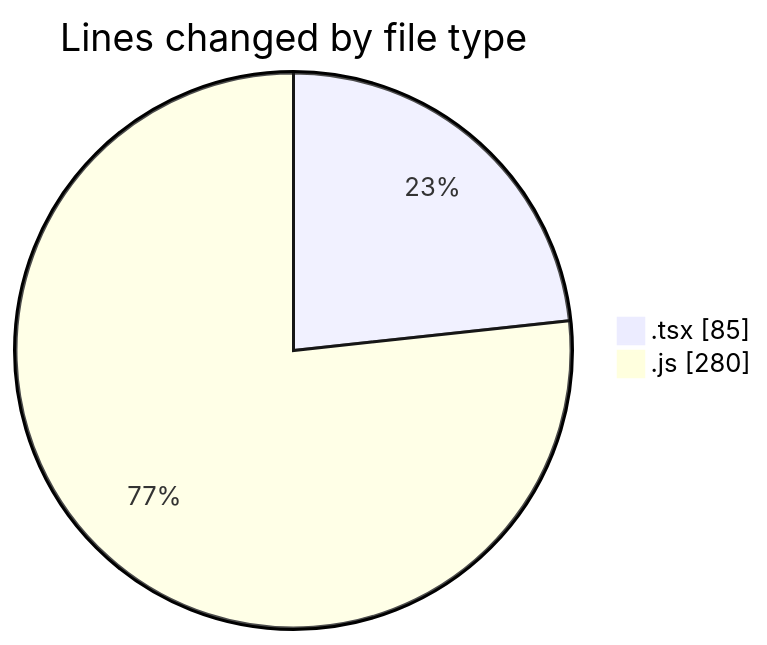
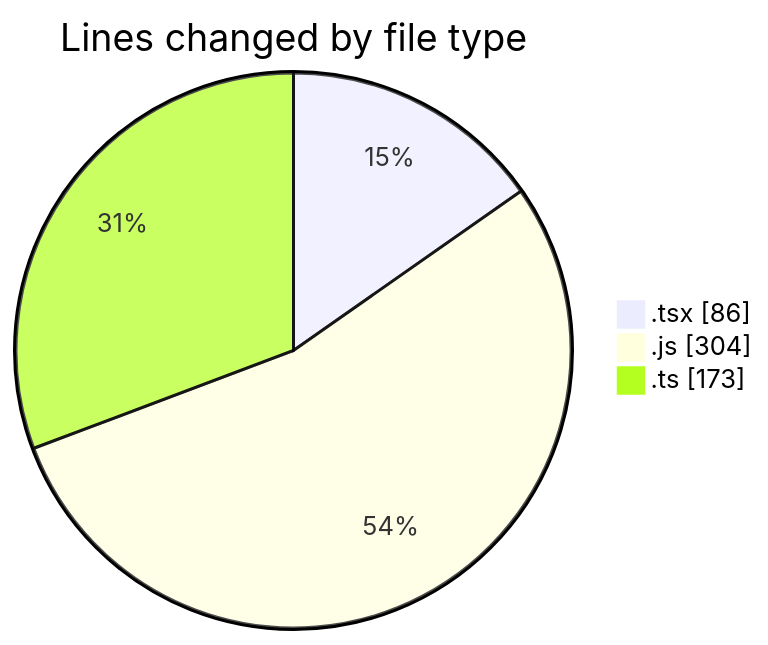
One commit to momahboobian/code-tracking changed the first of 2 diagrams in 2025-02-26/cda/README.md. Above: the diagram before and after it, drawn with Mermaid. The commit also changed other lines of this file and 1 other file, not shown here.

````diff
--- a/2025-02-26/cda/README.md
+++ b/2025-02-26/cda/README.md
@@ -23,6 +25,7 @@
 ```mermaid
 pie showData
 title Lines changed by file type
-".tsx" : 85
-".js" : 280
+".tsx" : 86
+".js" : 304
+".ts" : 173
 ```
````
